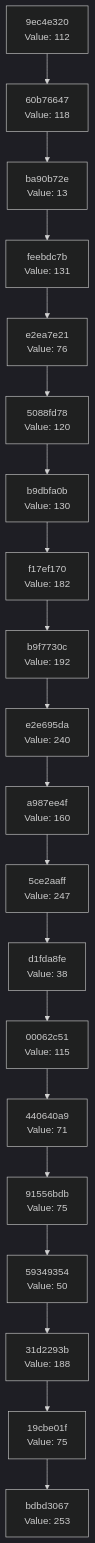
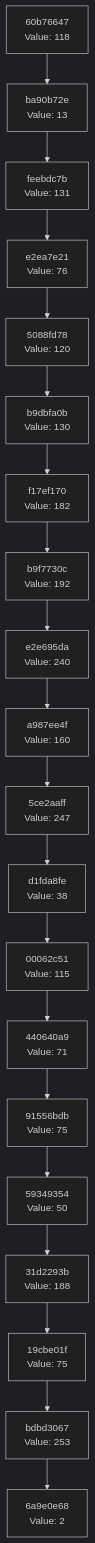
One commit to Abhisheksinha1506/hash-chain-evolver changed the diagram in docs/CHAIN_VISUALIZATION.md. Above: the diagram before and after it, drawn with Mermaid (dark theme). The commit also changed 2 other files, not shown here.

Commit message:
Evolution step: hash 0x02 → action executed

````diff
--- a/docs/CHAIN_VISUALIZATION.md
+++ b/docs/CHAIN_VISUALIZATION.md
@@ -3,42 +3,42 @@
 ```mermaid
 graph TD
-    C0["bdbd3067<br/>Value: 253"]
-    C1["19cbe01f<br/>Value: 75"]
+    C0["6a9e0e68<br/>Value: 2"]
+    C1["bdbd3067<br/>Value: 253"]
     C1 --> C0
-    C2["31d2293b<br/>Value: 188"]
+    C2["19cbe01f<br/>Value: 75"]
     C2 --> C1
-    C3["59349354<br/>Value: 50"]
+    C3["31d2293b<br/>Value: 188"]
     C3 --> C2
-    C4["91556bdb<br/>Value: 75"]
+    C4["59349354<br/>Value: 50"]
     C4 --> C3
-    C5["440640a9<br/>Value: 71"]
+    C5["91556bdb<br/>Value: 75"]
     C5 --> C4
-    C6["00062c51<br/>Value: 115"]
+    C6["440640a9<br/>Value: 71"]
     C6 --> C5
-    C7["d1fda8fe<br/>Value: 38"]
+    C7["00062c51<br/>Value: 115"]
     C7 --> C6
-    C8["5ce2aaff<br/>Value: 247"]
+    C8["d1fda8fe<br/>Value: 38"]
     C8 --> C7
-    C9["a987ee4f<br/>Value: 160"]
+    C9["5ce2aaff<br/>Value: 247"]
     C9 --> C8
-    C10["e2e695da<br/>Value: 240"]
+    C10["a987ee4f<br/>Value: 160"]
     C10 --> C9
-    C11["b9f7730c<br/>Value: 192"]
+    C11["e2e695da<br/>Value: 240"]
     C11 --> C10
-    C12["f17ef170<br/>Value: 182"]
+    C12["b9f7730c<br/>Value: 192"]
     C12 --> C11
-    C13["b9dbfa0b<br/>Value: 130"]
+    C13["f17ef170<br/>Value: 182"]
     C13 --> C12
-    C14["5088fd78<br/>Value: 120"]
+    C14["b9dbfa0b<br/>Value: 130"]
     C14 --> C13
-    C15["e2ea7e21<br/>Value: 76"]
+    C15["5088fd78<br/>Value: 120"]
     C15 --> C14
-    C16["feebdc7b<br/>Value: 131"]
+    C16["e2ea7e21<br/>Value: 76"]
     C16 --> C15
-    C17["ba90b72e<br/>Value: 13"]
+    C17["feebdc7b<br/>Value: 131"]
     C17 --> C16
-    C18["60b76647<br/>Value: 118"]
+    C18["ba90b72e<br/>Value: 13"]
     C18 --> C17
-    C19["9ec4e320<br/>Value: 112"]
+    C19["60b76647<br/>Value: 118"]
     C19 --> C18
 ```
````
